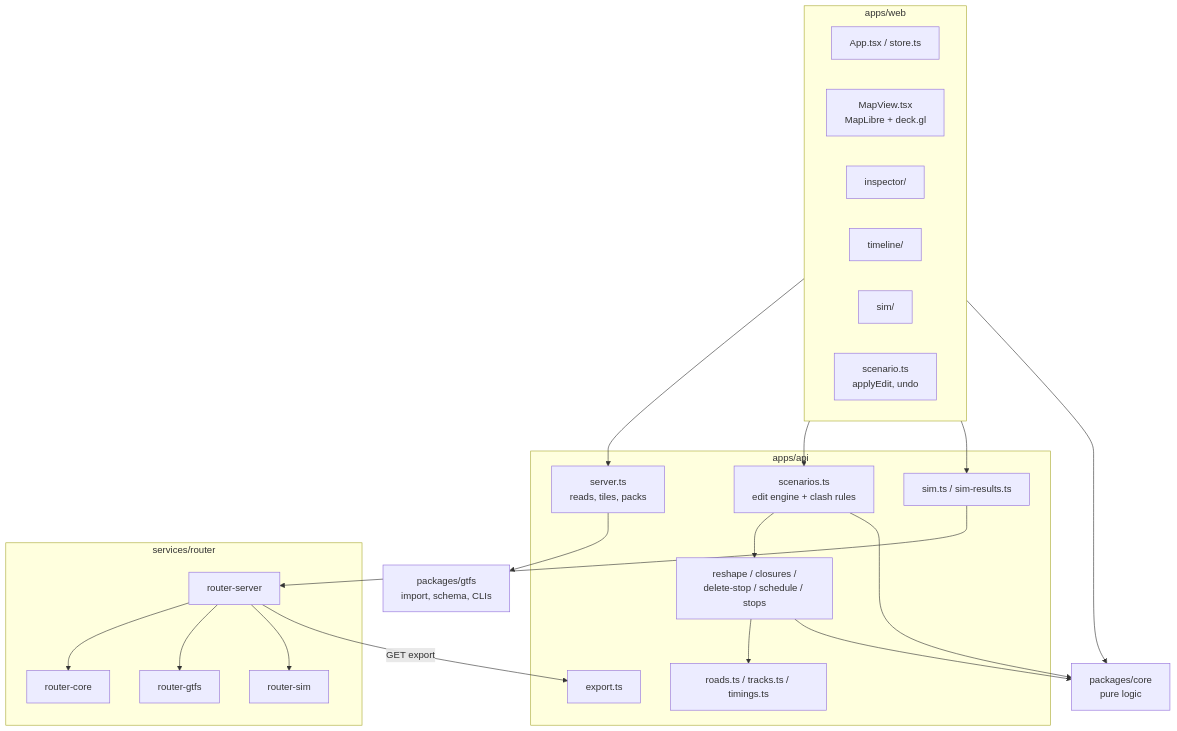
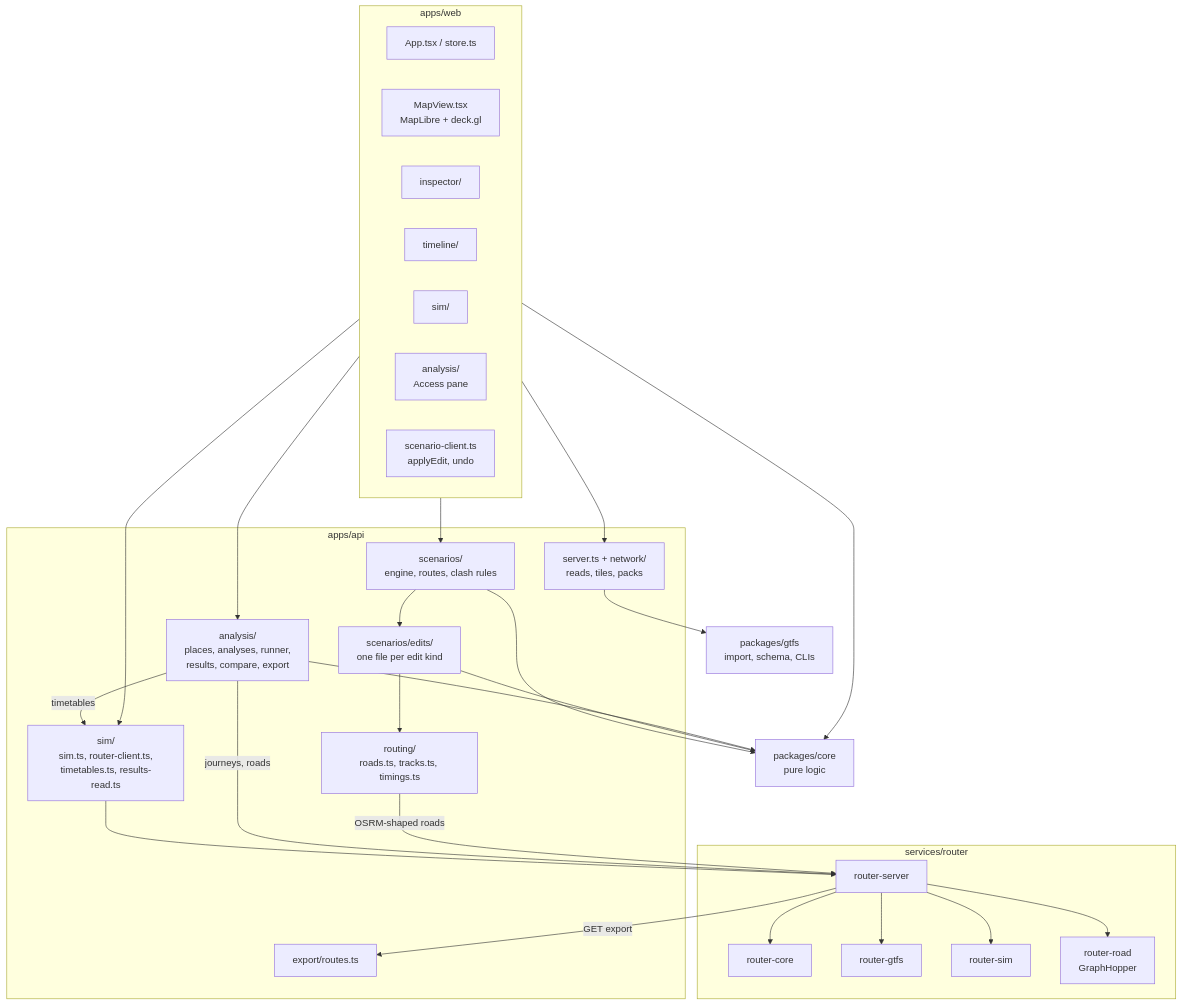
Before and after one commit to JamesNDL/gtfseditor_and_raptor: the second of 4 diagrams in docs/architecture/system.md, drawn with Mermaid. The commit also changed other lines of this file and 9 other files, not shown here.

First line of the commit message:
Write up the access analysis as built; road router replaces OSRM in the docs (AA-25)

````diff
--- a/docs/architecture/system.md
+++ b/docs/architecture/system.md
@@ -73,36 +77,43 @@
 ```mermaid
 flowchart TB
   subgraph web[apps/web]
     app[App.tsx / store.ts]
     map[MapView.tsx<br/>MapLibre + deck.gl]
     insp[inspector/]
     tl[timeline/]
     simui[sim/]
-    scen[scenario.ts<br/>applyEdit, undo]
+    aaui[analysis/<br/>Access pane]
+    scen[scenario-client.ts<br/>applyEdit, undo]
   end
   subgraph api[apps/api]
-    server[server.ts<br/>reads, tiles, packs]
-    scenarios[scenarios.ts<br/>edit engine + clash rules]
-    editmods[reshape / closures /<br/>delete-stop / schedule / stops]
-    geo[roads.ts / tracks.ts / timings.ts]
-    export[export.ts]
-    sim[sim.ts / sim-results.ts]
+    server[server.ts + network/<br/>reads, tiles, packs]
+    scenarios[scenarios/<br/>engine, routes, clash rules]
+    editmods[scenarios/edits/<br/>one file per edit kind]
+    geo[routing/<br/>roads.ts, tracks.ts, timings.ts]
+    export[export/routes.ts]
+    sim[sim/<br/>sim.ts, router-client.ts,<br/>timetables.ts, results-read.ts]
+    analysis[analysis/<br/>places, analyses, runner,<br/>results, compare, export]
   end
   core[packages/core<br/>pure logic]
   gtfs[packages/gtfs<br/>import, schema, CLIs]
   subgraph router[services/router]
     rcore[router-core]
     rgtfs[router-gtfs]
     rsim[router-sim]
+    rroad[router-road<br/>GraphHopper]
     rserver[router-server]
   end
-  web --> server & scenarios & sim
+  web --> server & scenarios & sim & analysis
   web --> core
   scenarios --> editmods --> geo
   scenarios --> core
   editmods --> core
+  analysis --> core
+  analysis -- timetables --> sim
   server --> gtfs
   sim --> rserver
-  rserver --> rcore & rgtfs & rsim
+  analysis -- journeys, roads --> rserver
+  geo -- OSRM-shaped roads --> rserver
+  rserver --> rcore & rgtfs & rsim & rroad
   rserver -- GET export --> export
 ```
````
